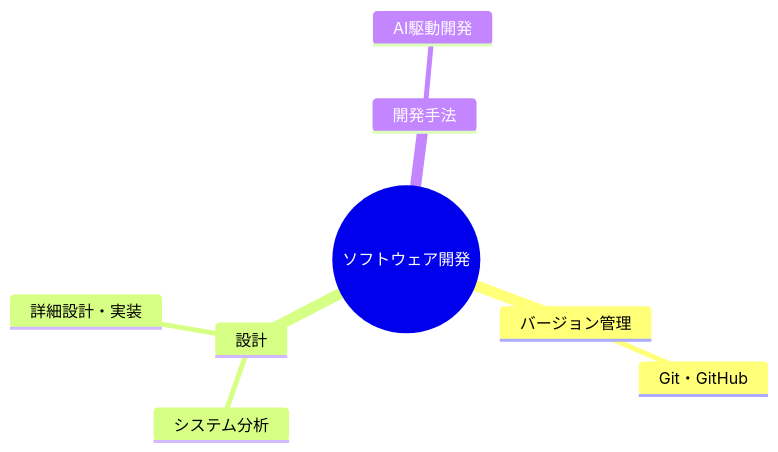
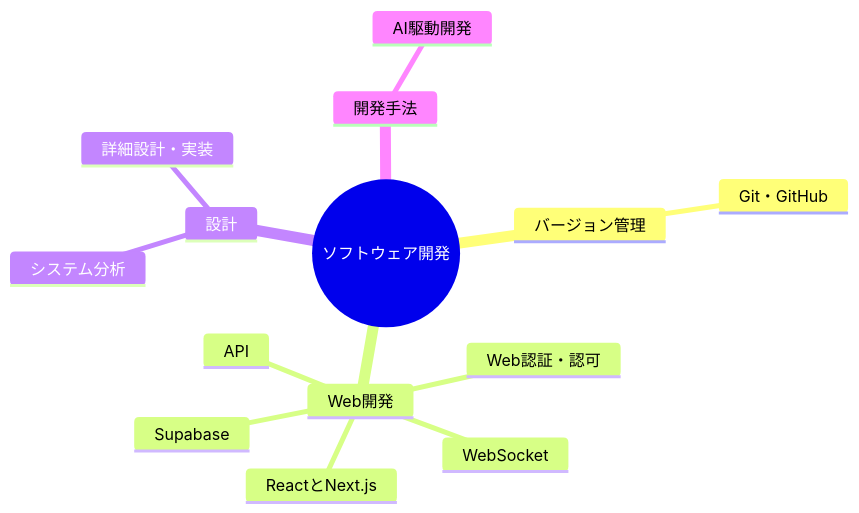
Before and after one commit to 97kuek/obsidian-vault: the diagram in 20_Areas/ソフトウェア開発/【MOC】ソフトウェア開発.md, drawn with Mermaid. The commit also changed other lines of this file and 12 other files, not shown here.

````diff
--- a/20_Areas/ソフトウェア開発/【MOC】ソフトウェア開発.md
+++ b/20_Areas/ソフトウェア開発/【MOC】ソフトウェア開発.md
@@ -16,11 +16,17 @@
 ```mermaid
 mindmap
   root(("ソフトウェア開発"))
     バージョン管理
       Git・GitHub
+    Web開発
+      ReactとNext.js
+      API
+      WebSocket
+      Supabase
+      Web認証・認可
     設計
       システム分析
       詳細設計・実装
     開発手法
       AI駆動開発
 ```
````
